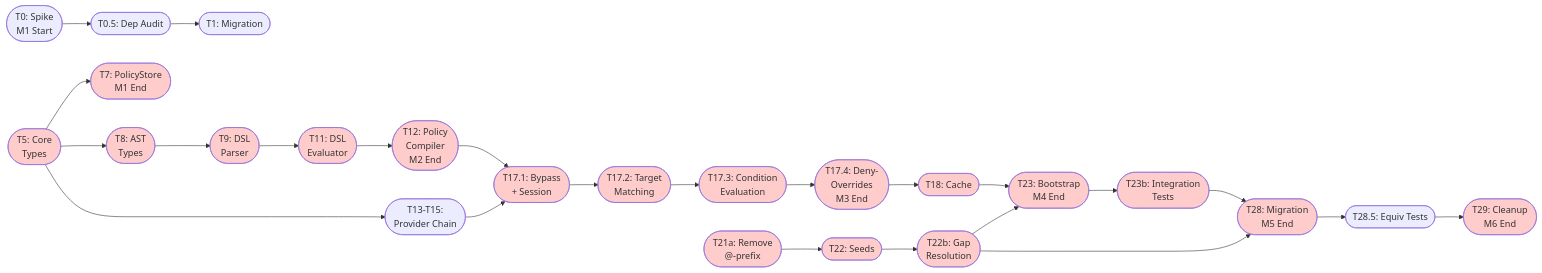
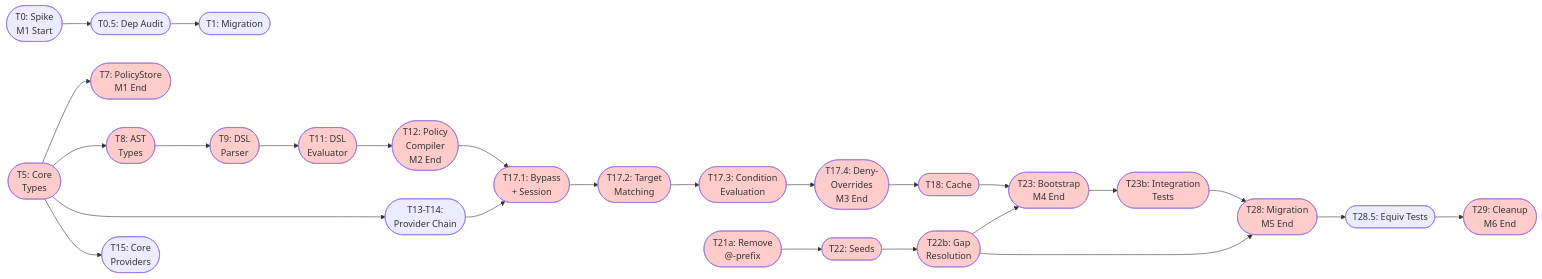
One commit to holomush/holomush changed the first of 2 diagrams in docs/plans/2026-02-06-full-abac-implementation.md. Above: the diagram before and after it, drawn with Mermaid. The commit also changed other lines of this file and 2 other files, not shown here.

````diff
--- a/docs/plans/2026-02-06-full-abac-implementation.md
+++ b/docs/plans/2026-02-06-full-abac-implementation.md
@@ -105,50 +105,51 @@
 ```mermaid
 graph LR
     T0([T0: Spike<br/>M1 Start]) --> T0_5([T0.5: Dep Audit])
     T0_5 --> T1([T1: Migration])
     T5([T5: Core<br/>Types])
     T5 --> T7([T7: PolicyStore<br/>M1 End])
 
     T5 --> T8([T8: AST<br/>Types])
-    T5 --> T13_15([T13-T15:<br/>Provider Chain])
+    T5 --> T13_14([T13-T14:<br/>Provider Chain])
+    T5 --> T15([T15: Core<br/>Providers])
 
     T8 --> T9([T9: DSL<br/>Parser])
     T9 --> T11([T11: DSL<br/>Evaluator])
     T11 --> T12([T12: Policy<br/>Compiler<br/>M2 End])
     T12 --> T17_1([T17.1: Bypass<br/>+ Session])
-    T13_15 --> T17_1
+    T13_14 --> T17_1
     T17_1 --> T17_2([T17.2: Target<br/>Matching])
     T17_2 --> T17_3([T17.3: Condition<br/>Evaluation])
     T17_3 --> T17_4([T17.4: Deny-<br/>Overrides<br/>M3 End])
 
     T17_4 --> T18([T18: Cache])
     T18 --> T23([T23: Bootstrap<br/>M4 End])
     T21a([T21a: Remove<br/>@-prefix])
     T21a --> T22([T22: Seeds])
     T22 --> T22b([T22b: Gap<br/>Resolution])
     T22b --> T23
     T22b --> T28
     T23 --> T23b([T23b: Integration<br/>Tests])
     T23b --> T28([T28: Migration<br/>M5 End])
     T28 --> T28_5([T28.5: Equiv Tests])
     T28_5 --> T29([T29: Cleanup<br/>M6 End])
 
     style T7 fill:#ffcccc
     style T5 fill:#ffcccc
     style T8 fill:#ffcccc
     style T9 fill:#ffcccc
     style T11 fill:#ffcccc
     style T12 fill:#ffcccc
     style T17_1 fill:#ffcccc
     style T17_2 fill:#ffcccc
     style T17_3 fill:#ffcccc
     style T17_4 fill:#ffcccc
     style T18 fill:#ffcccc
     style T21a fill:#ffcccc
     style T22 fill:#ffcccc
     style T22b fill:#ffcccc
     style T23 fill:#ffcccc
     style T23b fill:#ffcccc
     style T28 fill:#ffcccc
     style T29 fill:#ffcccc
 ```
````
